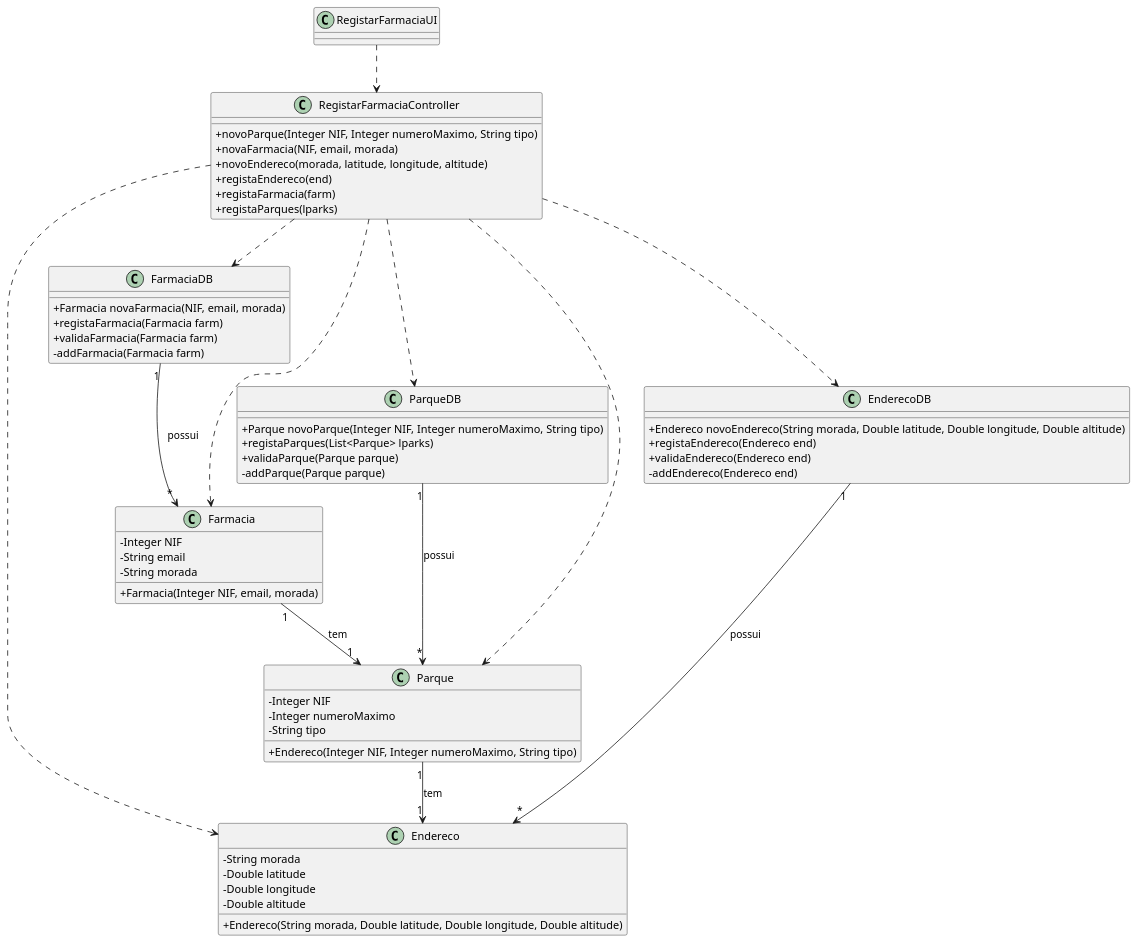
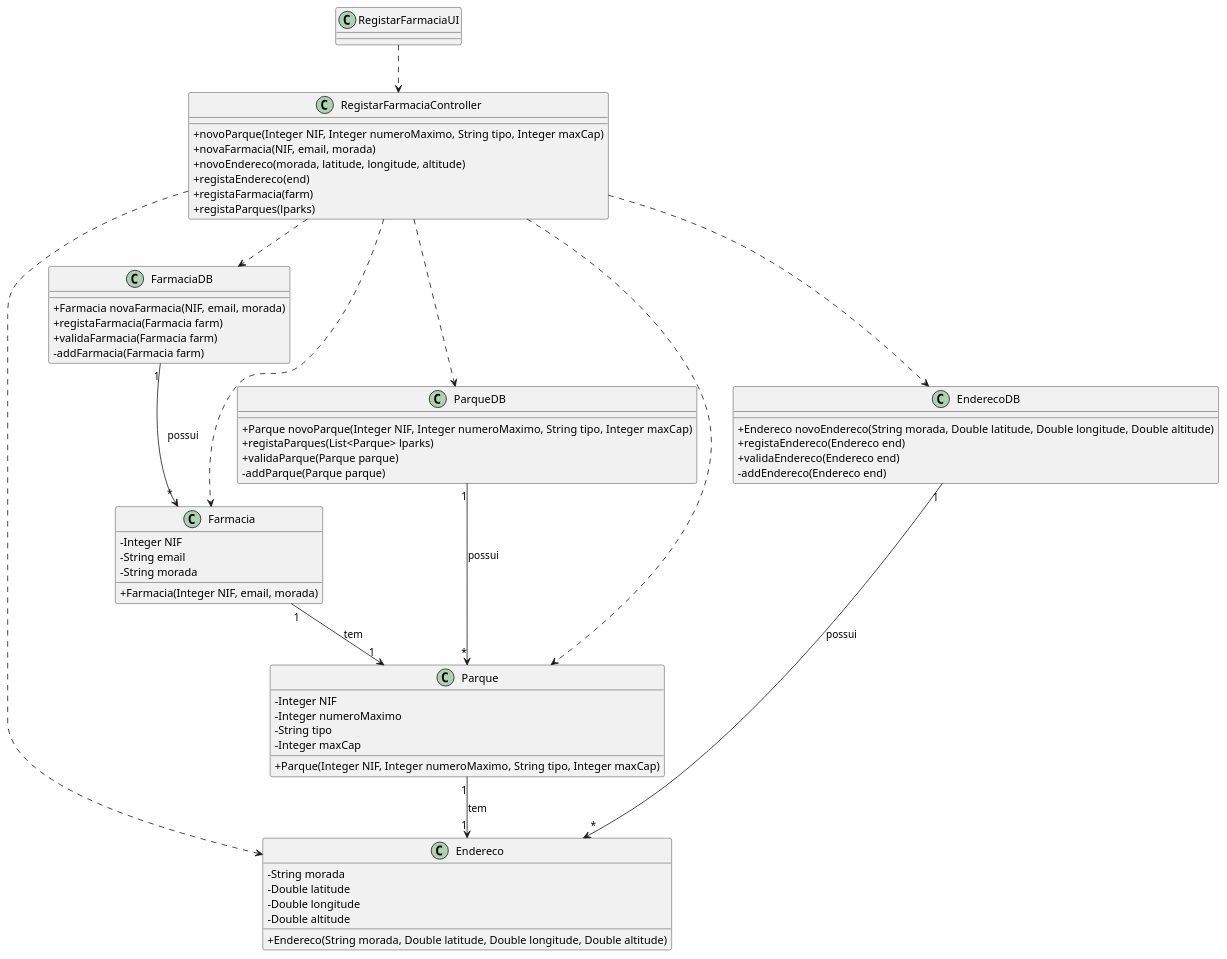
One commit to pedrolemos4/LAPR3 changed the diagram in docs/UC128/CD-REGISTAR FARMACIA.puml. Above: the diagram before and after it, drawn with PlantUML. The commit also changed 7 other files, not shown here.

```diff
--- a/docs/UC128/CD-REGISTAR FARMACIA.puml
+++ b/docs/UC128/CD-REGISTAR FARMACIA.puml
@@ -1,75 +1,76 @@
 @startuml
 skinparam classAttributeIconSize 0
 
 class Farmacia {
   -Integer NIF
   -String email
   -String morada
   +Farmacia(Integer NIF, email, morada)
 }
 
 class Endereco {
   -String morada
   -Double latitude
   -Double longitude
   -Double altitude 
   +Endereco(String morada, Double latitude, Double longitude, Double altitude)
 }
 
 class Parque {
   -Integer NIF
   -Integer numeroMaximo
   -String tipo
-  +Endereco(Integer NIF, Integer numeroMaximo, String tipo)
+  -Integer maxCap
+  +Parque(Integer NIF, Integer numeroMaximo, String tipo, Integer maxCap)
 }
 
 class FarmaciaDB {
   +Farmacia novaFarmacia(NIF, email, morada)
   +registaFarmacia(Farmacia farm)
   +validaFarmacia(Farmacia farm)
   -addFarmacia(Farmacia farm)
 }
 
 class EnderecoDB {
   +Endereco novoEndereco(String morada, Double latitude, Double longitude, Double altitude)
   +registaEndereco(Endereco end)
   +validaEndereco(Endereco end)
   -addEndereco(Endereco end)
 }
 
 class ParqueDB {
-  +Parque novoParque(Integer NIF, Integer numeroMaximo, String tipo)
+  +Parque novoParque(Integer NIF, Integer numeroMaximo, String tipo, Integer maxCap)
   +registaParques(List<Parque> lparks)
   +validaParque(Parque parque)
   -addParque(Parque parque)
 }
 
 class RegistarFarmaciaController {
-  +novoParque(Integer NIF, Integer numeroMaximo, String tipo)
+  +novoParque(Integer NIF, Integer numeroMaximo, String tipo, Integer maxCap)
   +novaFarmacia(NIF, email, morada)
   +novoEndereco(morada, latitude, longitude, altitude)
   +registaEndereco(end)
   +registaFarmacia(farm)
   +registaParques(lparks)
 }
 
 class RegistarFarmaciaUI {
   
 }
 
 RegistarFarmaciaUI ..> RegistarFarmaciaController
 RegistarFarmaciaController ..> ParqueDB
 RegistarFarmaciaController ..> EnderecoDB
 RegistarFarmaciaController ..> FarmaciaDB
 RegistarFarmaciaController ..> Parque
 RegistarFarmaciaController ..> Endereco
 RegistarFarmaciaController ..> Farmacia
 
 ParqueDB "1" --> "*" Parque : possui
 EnderecoDB "1" --> "*" Endereco : possui
 FarmaciaDB "1" --> "*" Farmacia : possui
 Farmacia "1" --> "1" Parque : tem
 Parque "1" --> "1" Endereco : tem
 
 
 @enduml
```
